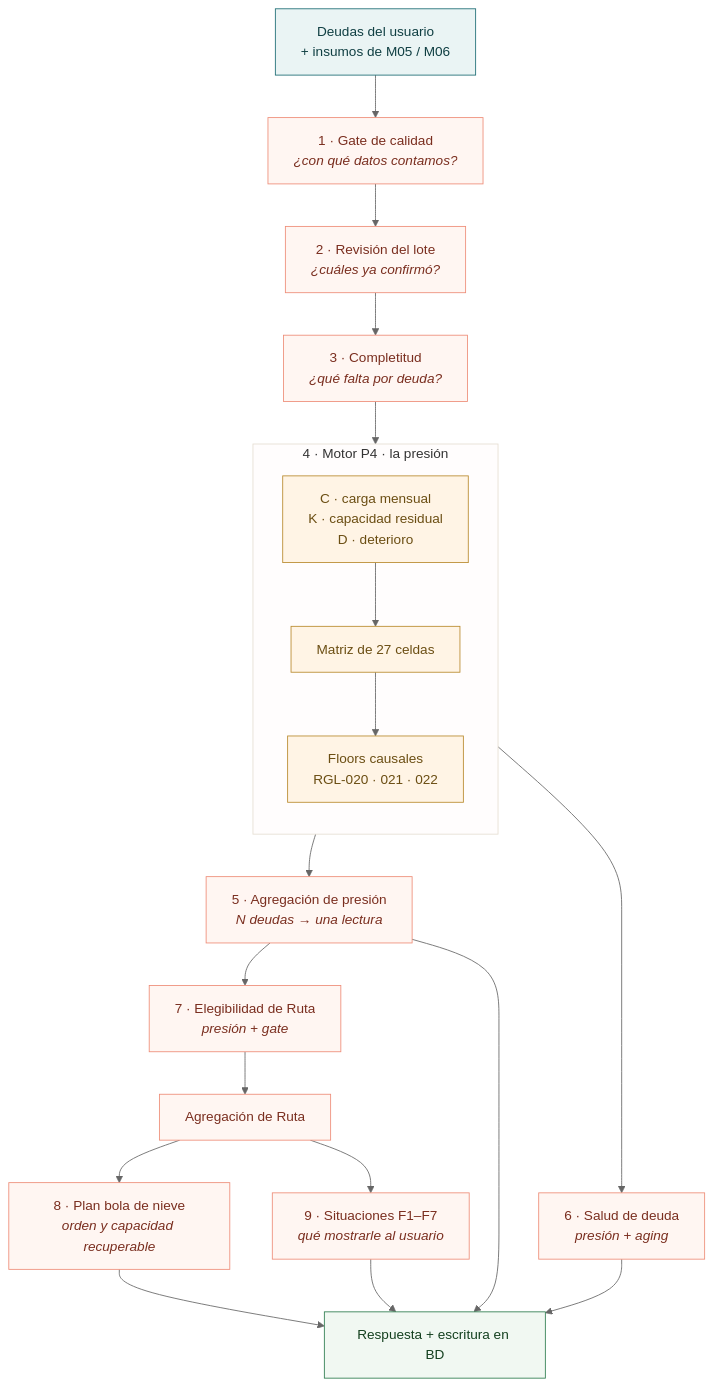
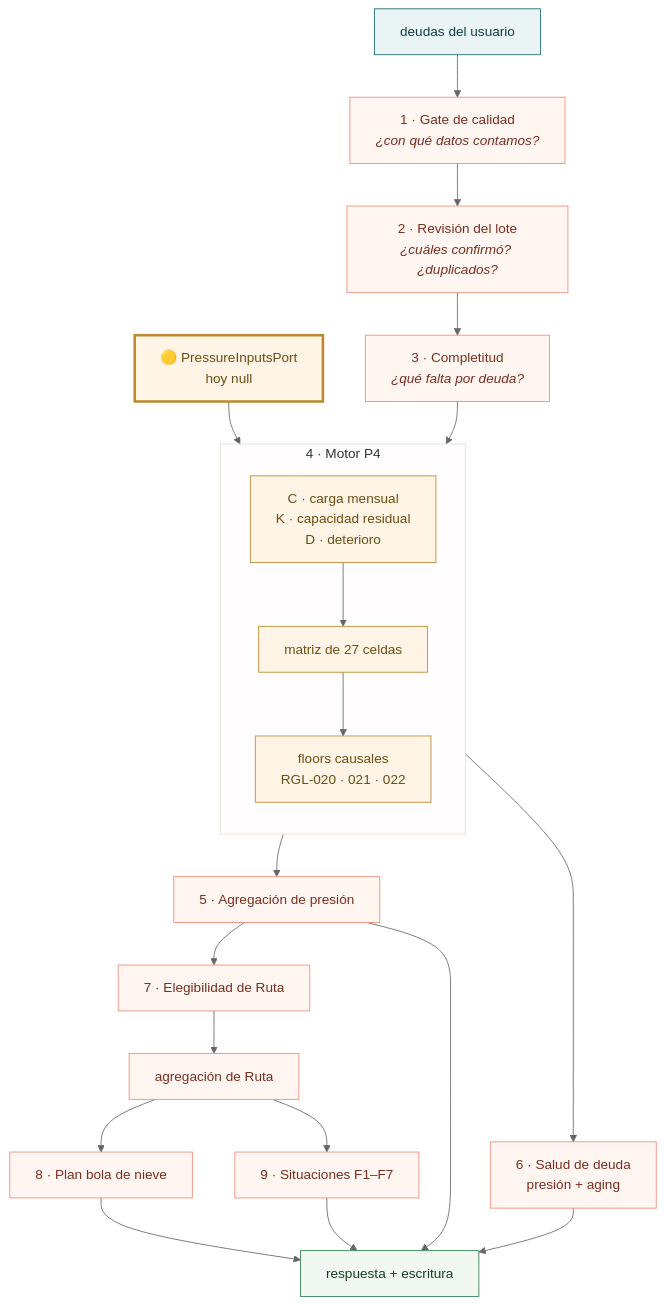
The second of 6 diagrams in context/modulo04-motor-deudas/motor-m04-en-detalle.md (miguelherize-creator/walvy-workspace), drawn with Mermaid (neutral theme) before and after one commit. The commit also changed other lines of this file and 4 other files, not shown here.

````diff
--- a/context/modulo04-motor-deudas/motor-m04-en-detalle.md
+++ b/context/modulo04-motor-deudas/motor-m04-en-detalle.md
@@ -16,40 +79,38 @@
 ```mermaid
 flowchart TB
-    IN["Deudas del usuario<br/>+ insumos de M05 / M06"]:::entrada
+    IN["deudas del usuario"] --> Q["1 · Gate de calidad<br/><i>¿con qué datos contamos?</i>"]
+    PORT["🟡 PressureInputsPort<br/>hoy null"]:::prov --> P4
 
-    IN --> Q["1 · Gate de calidad<br/><i>¿con qué datos contamos?</i>"]
-    Q --> R["2 · Revisión del lote<br/><i>¿cuáles ya confirmó?</i>"]
+    Q --> R["2 · Revisión del lote<br/><i>¿cuáles confirmó? ¿duplicados?</i>"]
     R --> C["3 · Completitud<br/><i>¿qué falta por deuda?</i>"]
-
     C --> P4
 
-    subgraph P4["4 · Motor P4 · la presión"]
+    subgraph P4["4 · Motor P4"]
         direction TB
-        EJES["C · carga mensual<br/>K · capacidad residual<br/>D · deterioro"] --> MAT["Matriz de 27 celdas"]
-        MAT --> FLO["Floors causales<br/>RGL-020 · 021 · 022"]
+        EJES["C · carga mensual<br/>K · capacidad residual<br/>D · deterioro"] --> MAT["matriz de 27 celdas"]
+        MAT --> FLO["floors causales<br/>RGL-020 · 021 · 022"]
     end
 
-    P4 --> AGP["5 · Agregación de presión<br/><i>N deudas → una lectura</i>"]
-    P4 --> SAL["6 · Salud de deuda<br/><i>presión + aging</i>"]
+    P4 --> AGP["5 · Agregación de presión"]
+    P4 --> SAL["6 · Salud de deuda<br/>presión + aging"]
+    AGP --> EL["7 · Elegibilidad de Ruta"]
+    EL --> AGR["agregación de Ruta"]
+    AGR --> PL["8 · Plan bola de nieve"]
+    AGR --> SIT["9 · Situaciones F1–F7"]
 
-    AGP --> EL["7 · Elegibilidad de Ruta<br/><i>presión + gate</i>"]
-    EL --> AGR["Agregación de Ruta"]
-
-    AGR --> PL["8 · Plan bola de nieve<br/><i>orden y capacidad recuperable</i>"]
-    AGR --> SIT["9 · Situaciones F1–F7<br/><i>qué mostrarle al usuario</i>"]
-
+    AGP --> OUT
+    SAL --> OUT
     PL --> OUT
     SIT --> OUT
-    SAL --> OUT
-    AGP --> OUT
+    OUT["respuesta + escritura"]:::ok
 
-    OUT["Respuesta + escritura en BD"]:::salida
-
-    classDef entrada fill:#EAF4F4,stroke:#1B6B73,color:#103F43
-    classDef salida fill:#F1F8F2,stroke:#2E7D4F,color:#14401F
+    classDef prov fill:#FFF4E5,stroke:#B98A2E,color:#6B4E13,stroke-width:3px
+    classDef ok fill:#F1F8F2,stroke:#2E7D4F,color:#14401F
     class Q,R,C,AGP,SAL,EL,AGR,PL,SIT paso
     classDef paso fill:#FFF6F2,stroke:#EE8D78,color:#7A2E1F
     class EJES,MAT,FLO motor
     classDef motor fill:#FFF4E5,stroke:#B98A2E,color:#6B4E13
+    class IN entrada
+    classDef entrada fill:#EAF4F4,stroke:#1B6B73,color:#103F43
     style P4 fill:#FFFDFD,stroke:#E6DED2
 ```
````
